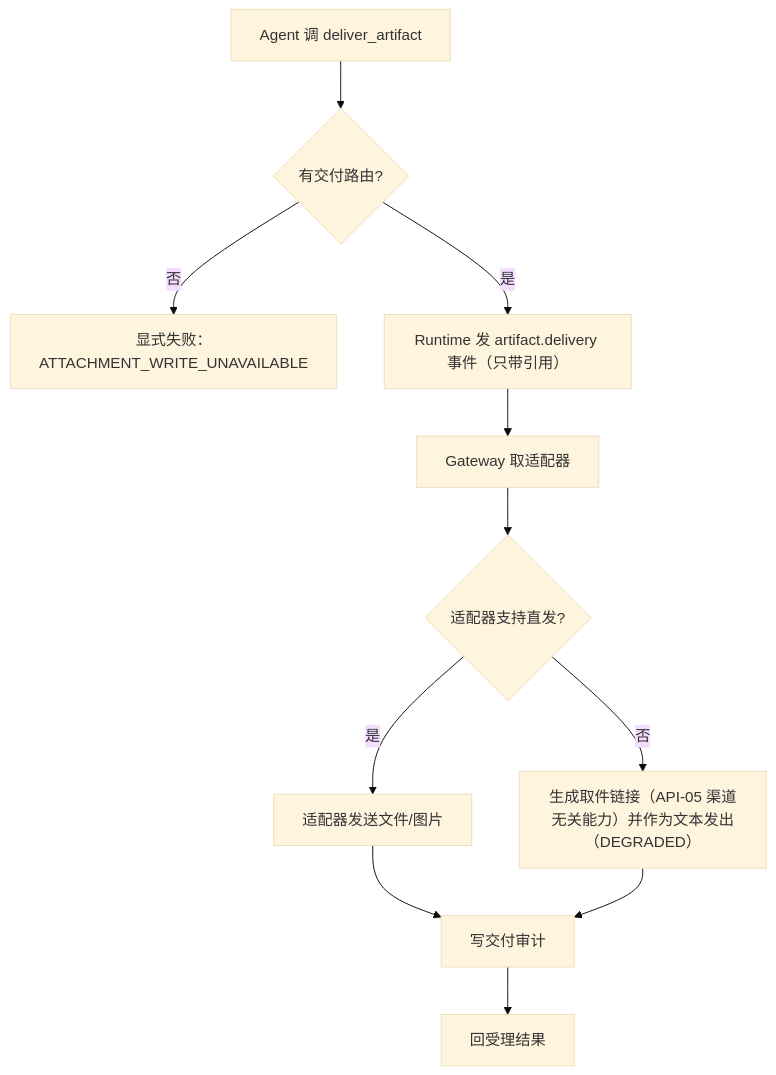
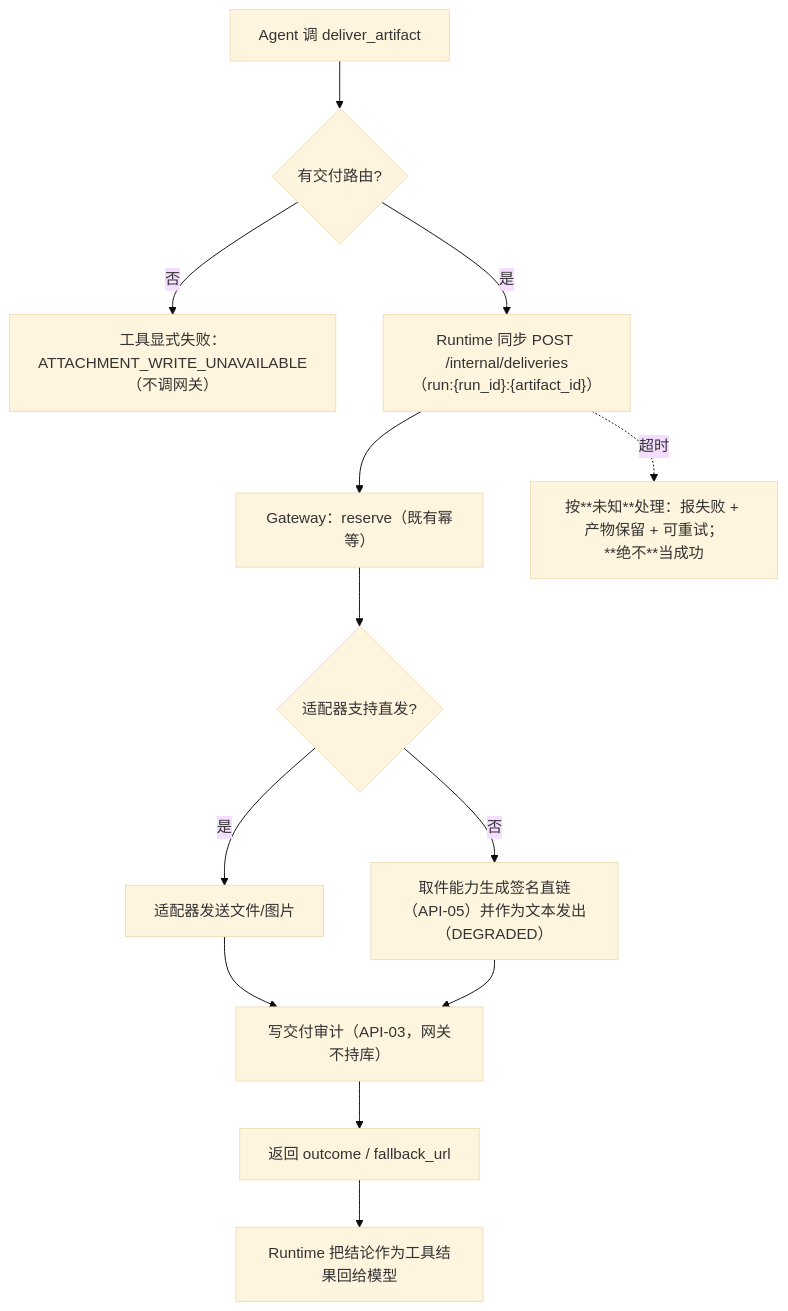
The fourth of 4 diagrams in .code-flow/tasks/2026-10-02/attachment-round-trip/attachment-round-trip.design.md (Michaelxwb/fluxion-harness), drawn with Mermaid (base theme) before and after one commit. The commit also changed other lines of this file and 2 other files, not shown here.

First line of the commit message:
fix(cf-task): 按对抗性复核修 attachment-round-trip 设计与任务（3 阻断 + 6 应修）

````diff
--- a/.code-flow/tasks/2026-10-02/attachment-round-trip/attachment-round-trip.design.md
+++ b/.code-flow/tasks/2026-10-02/attachment-round-trip/attachment-round-trip.design.md
@@ -460,13 +482,15 @@
 ```mermaid
 flowchart TD
     A["Agent 调 deliver_artifact"] --> B{"有交付路由?"}
-    B -->|否| C["显式失败：ATTACHMENT_WRITE_UNAVAILABLE"]
-    B -->|是| D["Runtime 发 artifact.delivery 事件（只带引用）"]
-    D --> E["Gateway 取适配器"]
+    B -->|否| C["工具显式失败：ATTACHMENT_WRITE_UNAVAILABLE（不调网关）"]
+    B -->|是| D["Runtime 同步 POST /internal/deliveries<br/>（run:{run_id}:{artifact_id}）"]
+    D --> E["Gateway：reserve（既有幂等）"]
     E --> F{"适配器支持直发?"}
     F -->|是| G["适配器发送文件/图片"]
-    F -->|否| H["生成取件链接（API-05 渠道无关能力）并作为文本发出（DEGRADED）"]
-    G --> I["写交付审计"]
+    F -->|否| H["取件能力生成签名直链（API-05）并作为文本发出（DEGRADED）"]
+    G --> I["写交付审计（API-03，网关不持库）"]
     H --> I
-    I --> J["回受理结果"]
+    I --> J["返回 outcome / fallback_url"]
+    J --> K["Runtime 把结论作为工具结果回给模型"]
+    D -.->|"超时"| L["按**未知**处理：报失败 + 产物保留 + 可重试；<br/>**绝不**当成功"]
 ```
````
